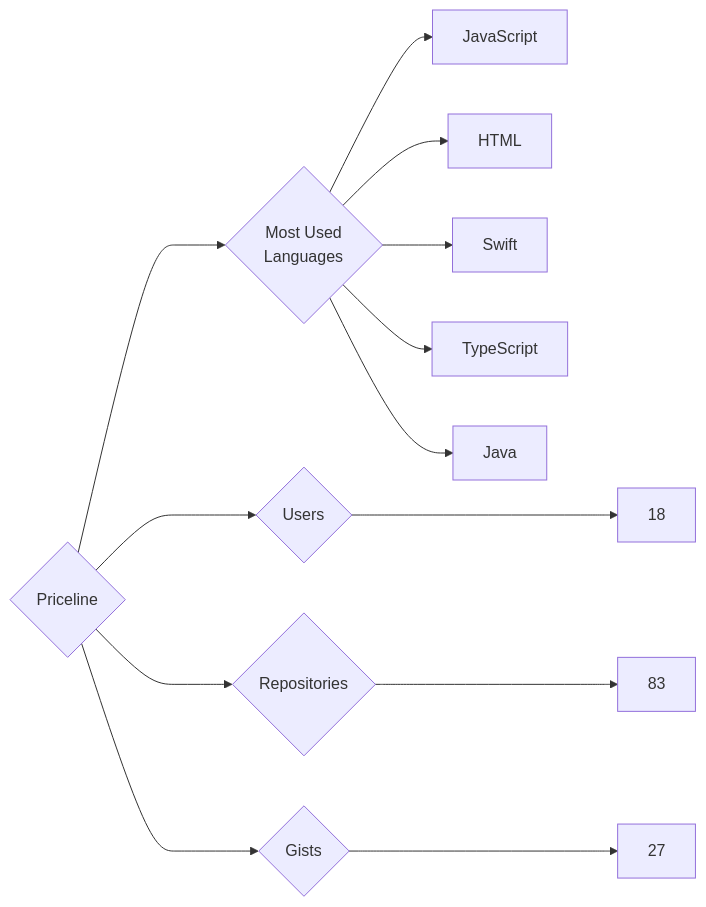
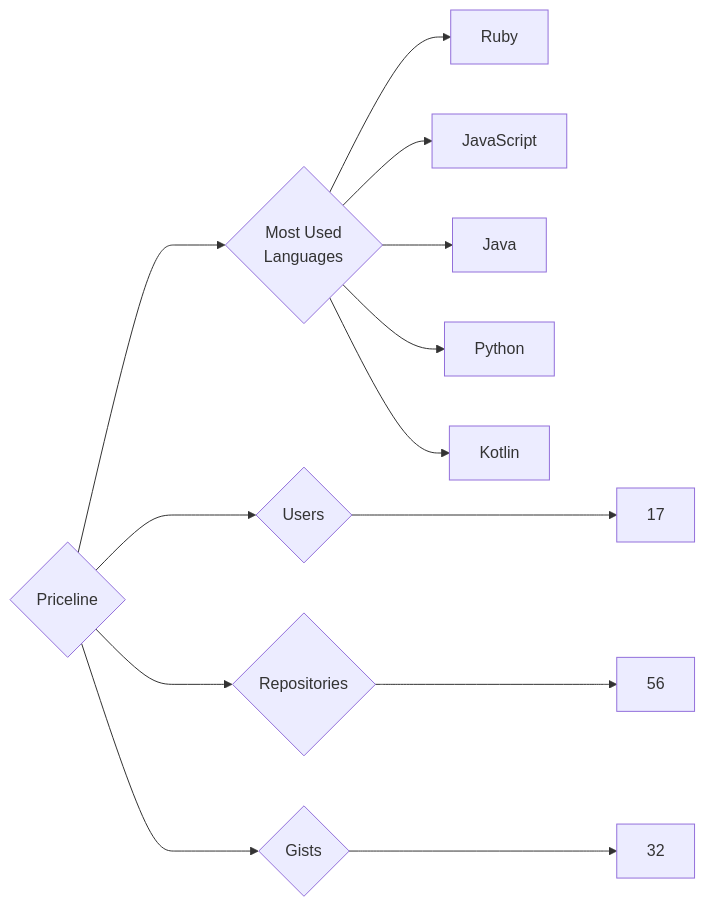
Before and after one commit to trickest/insiders: the diagram in targets/Priceline/README.md, drawn with Mermaid. The commit also changed 870 other files, not shown here.

````diff
--- a/targets/Priceline/README.md
+++ b/targets/Priceline/README.md
@@ -3,13 +3,13 @@
 ```mermaid
 graph LR
 COMPANY_NAME{Priceline}
-COMPANY_NAME ---> U{Users} ---> UN[18]
-COMPANY_NAME ---> R{Repositories} ---> RN[83]
-COMPANY_NAME ---> G{Gists} ---> GN[27]
+COMPANY_NAME ---> U{Users} ---> UN[17]
+COMPANY_NAME ---> R{Repositories} ---> RN[56]
+COMPANY_NAME ---> G{Gists} ---> GN[32]
 COMPANY_NAME ---> ML{Most Used<br>Languages}
+ML --> Ruby[Ruby]
 ML --> JavaScript[JavaScript]
-ML --> HTML[HTML]
-ML --> Swift[Swift]
-ML --> TypeScript[TypeScript]
 ML --> Java[Java]
+ML --> Python[Python]
+ML --> Kotlin[Kotlin]
 ```
````
